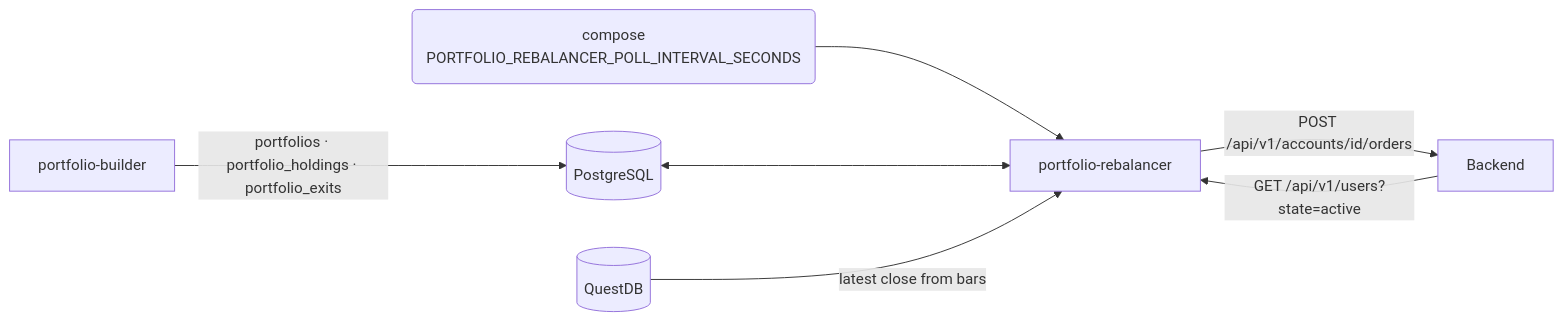
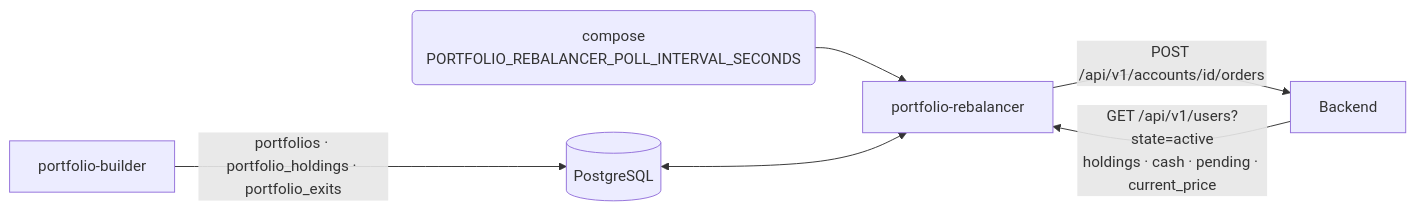
One commit to 100-hours-a-week/KTB4-11th-AI changed the first of 2 diagrams in docs/superpowers/specs/2026-09-29-portfolio-rebalancer-design.md. Above: the diagram before and after it, drawn with Mermaid. The commit also changed other lines of this file and 22 other files, not shown here.

````diff
--- a/docs/superpowers/specs/2026-09-29-portfolio-rebalancer-design.md
+++ b/docs/superpowers/specs/2026-09-29-portfolio-rebalancer-design.md
@@ -66,9 +66,8 @@
 ```mermaid
 flowchart LR
   COMPOSE(compose\nPORTFOLIO_REBALANCER_POLL_INTERVAL_SECONDS) --> PR[portfolio-rebalancer]
   PB[portfolio-builder] -->|portfolios · portfolio_holdings · portfolio_exits| PG[(PostgreSQL)]
   PG <--> PR
-  QDB[(QuestDB)] -->|latest close from bars| PR
-  BE[Backend] -->|GET /api/v1/users?state=active| PR
+  BE[Backend] -->|GET /api/v1/users?state=active\nholdings · cash · pending · current_price| PR
   PR -->|POST /api/v1/accounts/id/orders| BE
 ```
````
